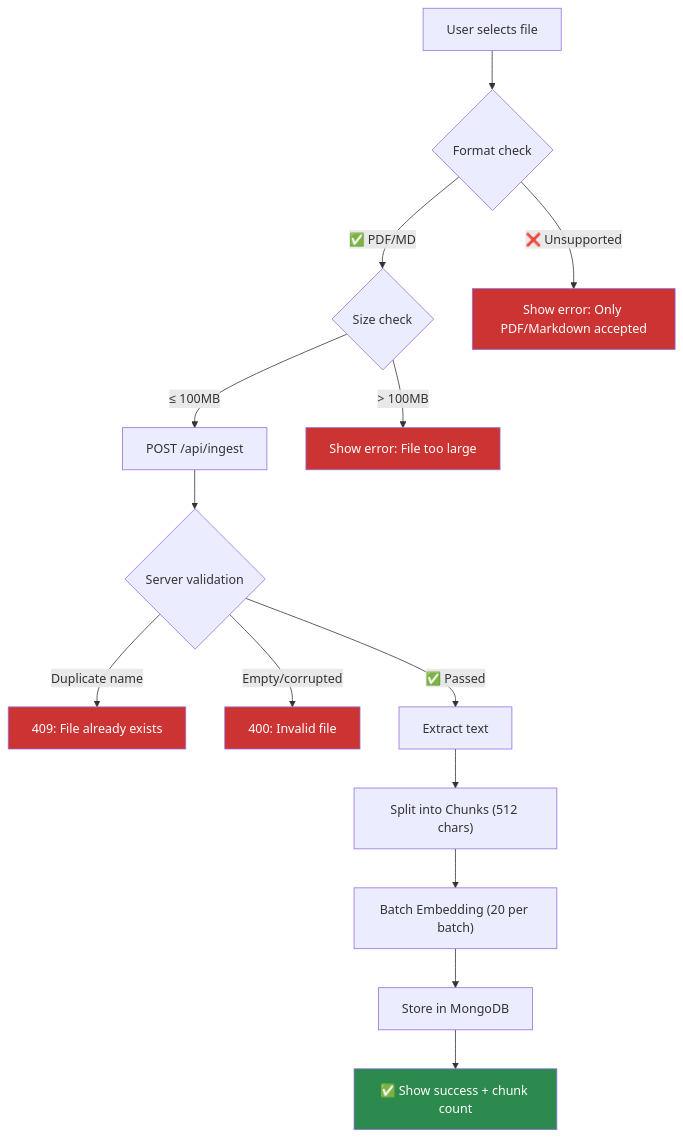
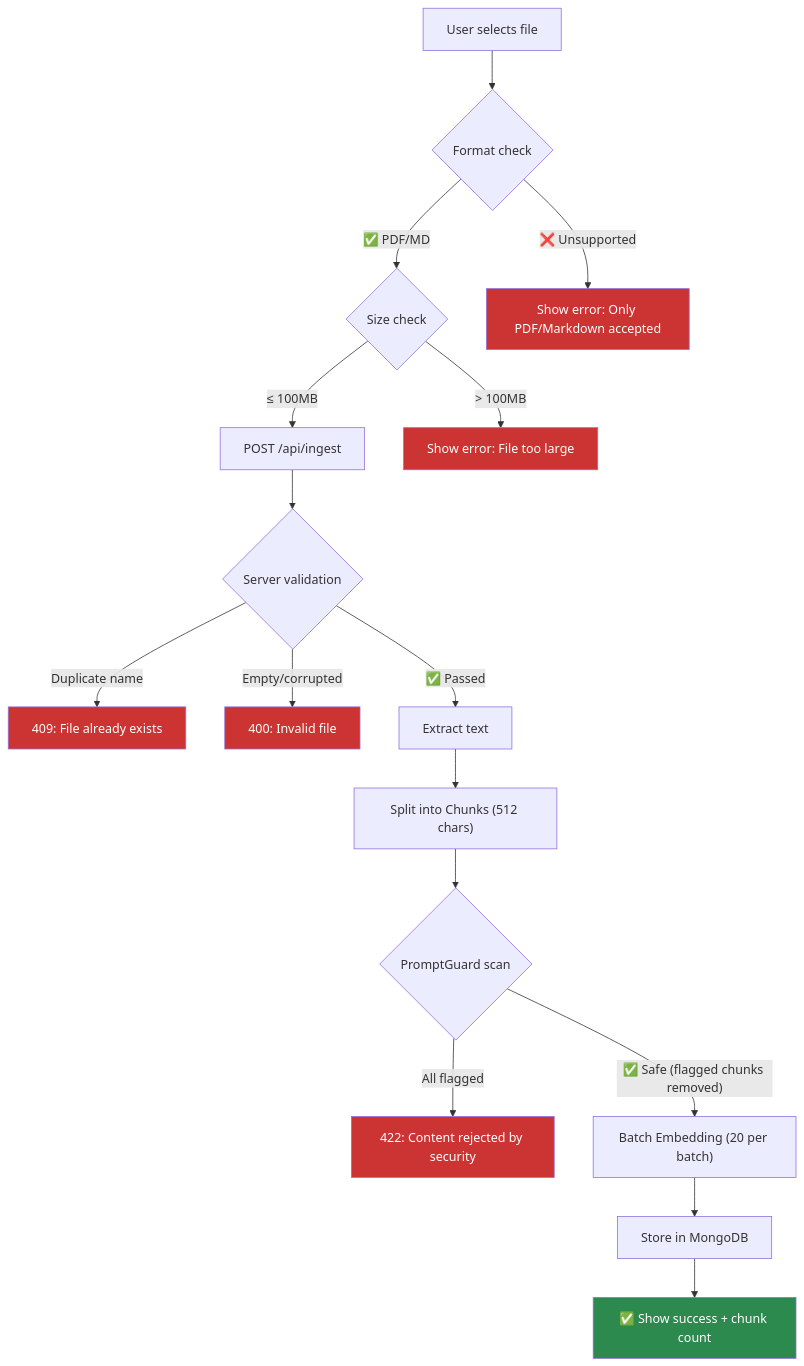
The second of 7 diagrams in docs/en/UI_FLOW_DIAGRAM.md (johnmak101-ops/RevisionApp), drawn with Mermaid before and after one commit. The commit also changed other lines of this file and 36 other files, not shown here.

````diff
--- a/docs/en/UI_FLOW_DIAGRAM.md
+++ b/docs/en/UI_FLOW_DIAGRAM.md
@@ -26,25 +26,28 @@
 ```mermaid
 flowchart TD
     A["User selects file"] --> B{"Format check"}
     B -->|"✅ PDF/MD"| C{"Size check"}
     B -->|"❌ Unsupported"| ERR1["Show error: Only PDF/Markdown accepted"]
     
     C -->|"≤ 100MB"| D["POST /api/ingest"]
     C -->|"> 100MB"| ERR2["Show error: File too large"]
     
     D --> E{"Server validation"}
     E -->|"Duplicate name"| ERR3["409: File already exists"]
     E -->|"Empty/corrupted"| ERR4["400: Invalid file"]
     E -->|"✅ Passed"| F["Extract text"]
     
     F --> G["Split into Chunks (512 chars)"]
-    G --> H["Batch Embedding (20 per batch)"]
+    G --> PG{"PromptGuard scan"}
+    PG -->|"All flagged"| ERR5["422: Content rejected by security"]
+    PG -->|"✅ Safe (flagged chunks removed)"| H["Batch Embedding (20 per batch)"]
     H --> I["Store in MongoDB"]
     I --> J["✅ Show success + chunk count"]
     
     style J fill:#2d8a4e,color:#fff
     style ERR1 fill:#cc3333,color:#fff
     style ERR2 fill:#cc3333,color:#fff
     style ERR3 fill:#cc3333,color:#fff
     style ERR4 fill:#cc3333,color:#fff
+    style ERR5 fill:#cc3333,color:#fff
 ```
````
